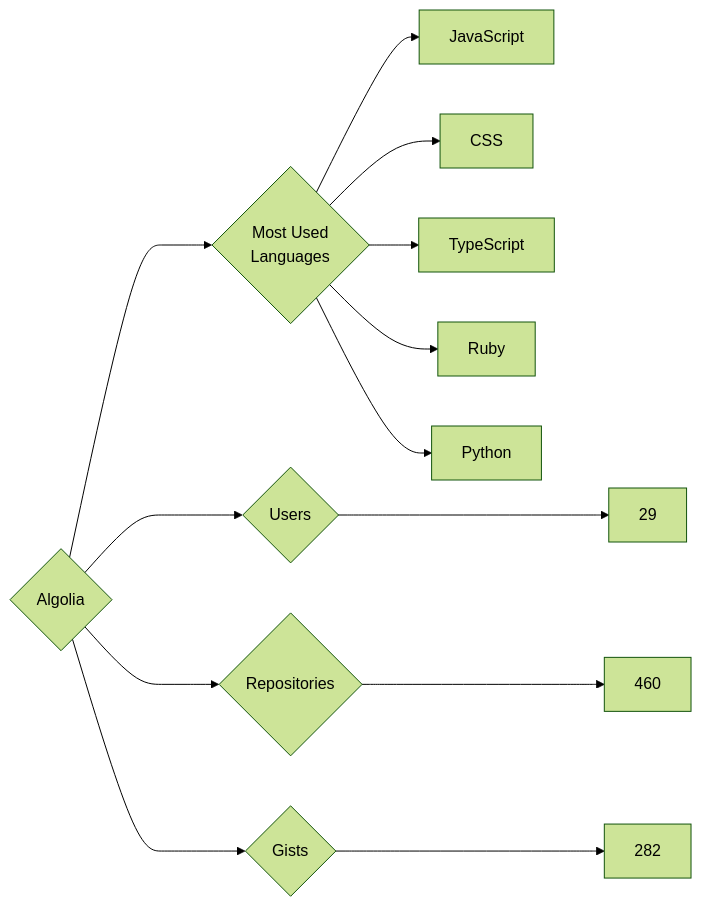
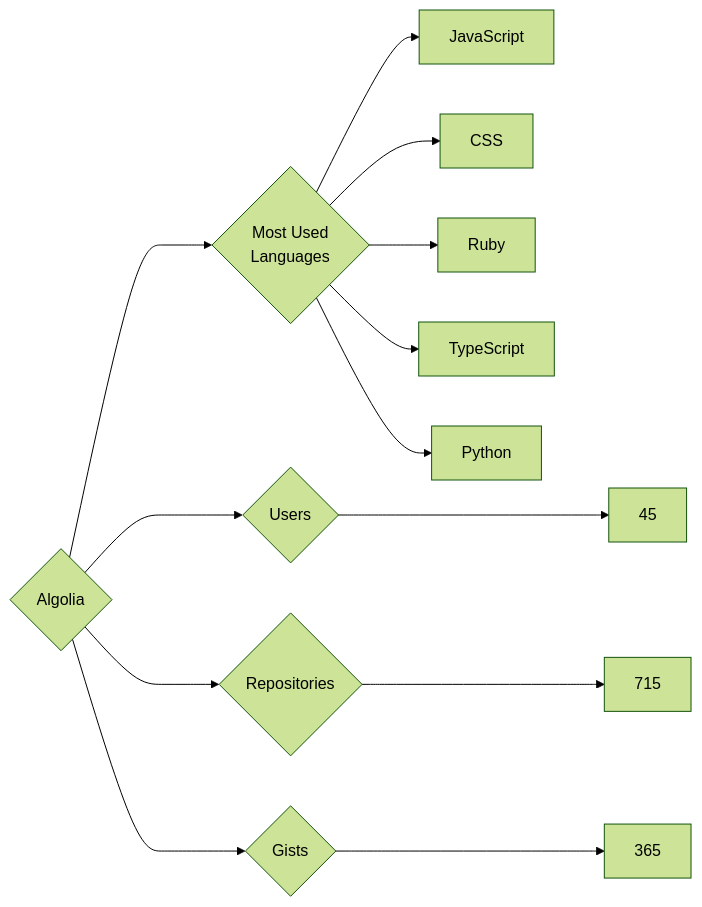
The diagram in targets/Algolia/README.md (trickest/insiders), drawn with Mermaid (forest theme) before and after one commit. The commit also changed 657 other files, not shown here.

````diff
--- a/targets/Algolia/README.md
+++ b/targets/Algolia/README.md
@@ -3,13 +3,13 @@
 ```mermaid
 graph LR
 COMPANY_NAME{Algolia}
-COMPANY_NAME ---> U{Users} ---> UN[29]
-COMPANY_NAME ---> R{Repositories} ---> RN[460]
-COMPANY_NAME ---> G{Gists} ---> GN[282]
+COMPANY_NAME ---> U{Users} ---> UN[45]
+COMPANY_NAME ---> R{Repositories} ---> RN[715]
+COMPANY_NAME ---> G{Gists} ---> GN[365]
 COMPANY_NAME ---> ML{Most Used<br>Languages}
 ML --> JavaScript[JavaScript]
 ML --> CSS[CSS]
+ML --> Ruby[Ruby]
 ML --> TypeScript[TypeScript]
-ML --> Ruby[Ruby]
 ML --> Python[Python]
 ```
````
